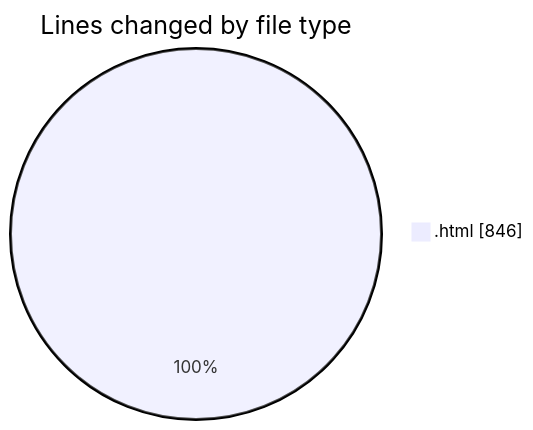
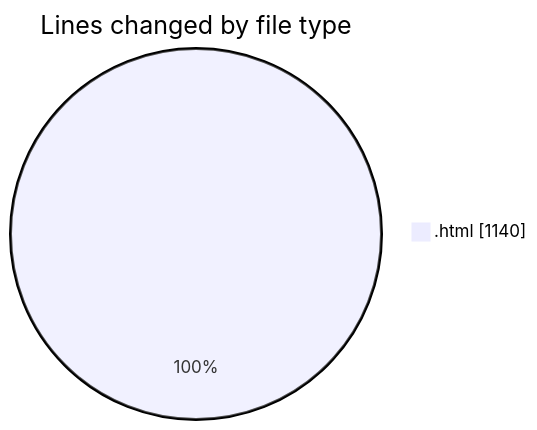
One commit to shibass792/code-tracking changed the first of 2 diagrams in 2026-07-12/untitled__workspace_/README.md. Above: the diagram before and after it, drawn with Mermaid. The commit also changed other lines of this file and 1 other file, not shown here.

````diff
--- a/2026-07-12/untitled__workspace_/README.md
+++ b/2026-07-12/untitled__workspace_/README.md
@@ -20,5 +20,5 @@
 ```mermaid
 pie showData
 title Lines changed by file type
-".html" : 846
+".html" : 1140
 ```
````
